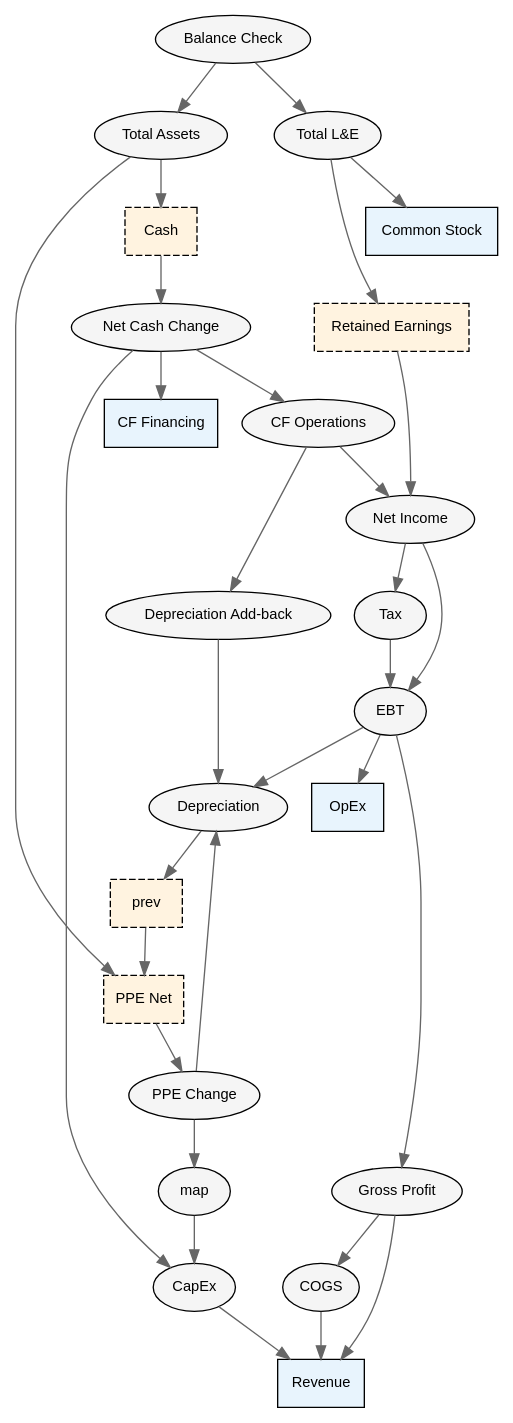
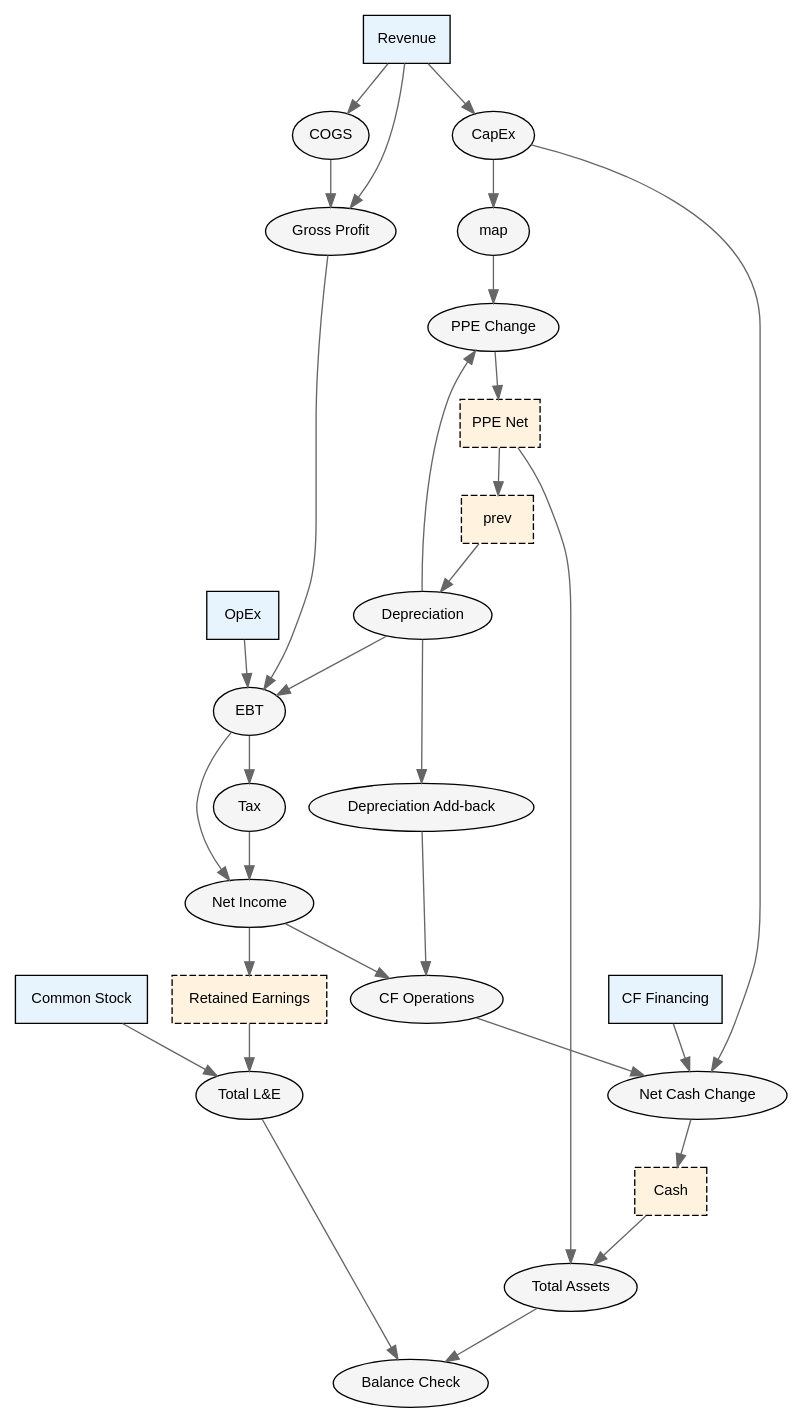
The diagram in next/examples/02-three-statement/model.dot (tmattio/orcaset-oc), drawn with Graphviz before and after one commit. The commit also changed 10 other files, not shown here.

```diff
--- a/next/examples/02-three-statement/model.dot
+++ b/next/examples/02-three-statement/model.dot
@@ -1,58 +1,58 @@
 digraph {
   rankdir=TB
   node [fontname="Helvetica" fontsize=11]
   edge [color="#666666"]
   23 [label="Balance Check" shape=ellipse style=filled fillcolor="#F5F5F5"]
   19 [label="Total Assets" shape=ellipse style=filled fillcolor="#F5F5F5"]
   18 [label="Cash" shape=box style="filled,dashed" fillcolor="#FFF3E0"]
   17 [label="Net Cash Change" shape=ellipse style=filled fillcolor="#F5F5F5"]
   15 [label="CF Operations" shape=ellipse style=filled fillcolor="#F5F5F5"]
   13 [label="Net Income" shape=ellipse style=filled fillcolor="#F5F5F5"]
   11 [label="EBT" shape=ellipse style=filled fillcolor="#F5F5F5"]
   2 [label="Gross Profit" shape=ellipse style=filled fillcolor="#F5F5F5"]
   0 [label="Revenue" shape=box style=filled fillcolor="#E8F4FD"]
   1 [label="COGS" shape=ellipse style=filled fillcolor="#F5F5F5"]
   3 [label="OpEx" shape=box style=filled fillcolor="#E8F4FD"]
   7 [label="Depreciation" shape=ellipse style=filled fillcolor="#F5F5F5"]
   6 [label="prev" shape=box style="filled,dashed" fillcolor="#FFF3E0"]
   10 [label="PPE Net" shape=box style="filled,dashed" fillcolor="#FFF3E0"]
   9 [label="PPE Change" shape=ellipse style=filled fillcolor="#F5F5F5"]
   8 [label="map" shape=ellipse style=filled fillcolor="#F5F5F5"]
   4 [label="CapEx" shape=ellipse style=filled fillcolor="#F5F5F5"]
   12 [label="Tax" shape=ellipse style=filled fillcolor="#F5F5F5"]
   14 [label="Depreciation Add-back" shape=ellipse style=filled fillcolor="#F5F5F5"]
   16 [label="CF Financing" shape=box style=filled fillcolor="#E8F4FD"]
   22 [label="Total L&E" shape=ellipse style=filled fillcolor="#F5F5F5"]
   20 [label="Common Stock" shape=box style=filled fillcolor="#E8F4FD"]
   21 [label="Retained Earnings" shape=box style="filled,dashed" fillcolor="#FFF3E0"]
-  23 -> 19
-  19 -> 18
-  18 -> 17
-  17 -> 15
-  15 -> 13
-  13 -> 11
-  11 -> 2
-  2 -> 0
-  2 -> 1
-  1 -> 0
-  11 -> 3
-  11 -> 7
-  7 -> 6
-  6 -> 10
-  10 -> 9
-  9 -> 8
-  8 -> 4
-  4 -> 0
-  9 -> 7
-  13 -> 12
-  12 -> 11
-  15 -> 14
-  14 -> 7
-  17 -> 4
-  17 -> 16
-  19 -> 10
-  23 -> 22
-  22 -> 20
-  22 -> 21
-  21 -> 13
+  19 -> 23
+  18 -> 19
+  17 -> 18
+  15 -> 17
+  13 -> 15
+  11 -> 13
+  2 -> 11
+  0 -> 2
+  1 -> 2
+  0 -> 1
+  3 -> 11
+  7 -> 11
+  6 -> 7
+  10 -> 6
+  9 -> 10
+  8 -> 9
+  4 -> 8
+  0 -> 4
+  7 -> 9
+  12 -> 13
+  11 -> 12
+  14 -> 15
+  7 -> 14
+  4 -> 17
+  16 -> 17
+  10 -> 19
+  22 -> 23
+  20 -> 22
+  21 -> 22
+  13 -> 21
 }
```
